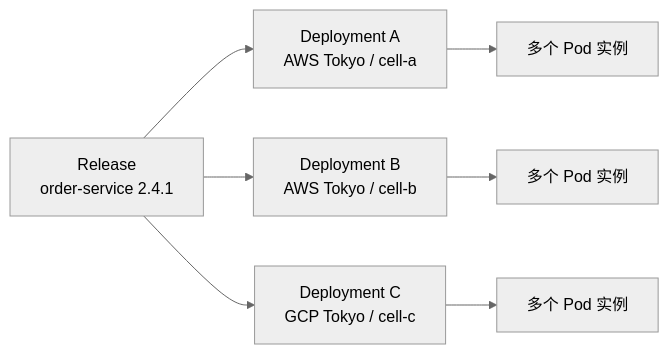
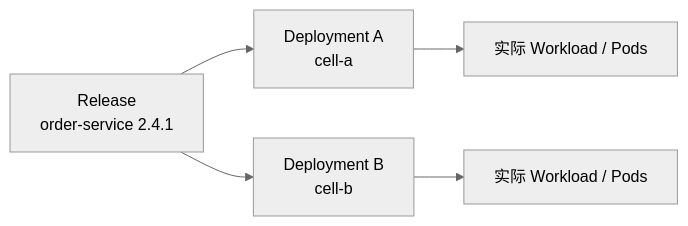
One commit to datafoxlabs/datafox-kubernetes changed the second of 2 diagrams in docs/deployment-topology-and-isolation.md. Above: the diagram before and after it, drawn with Mermaid (neutral theme). The commit also changed other lines of this file, not shown here.

Commit message:
docs: narrow region-cell topology to P0 standard OTel and optional P1 unit

```diff
--- a/docs/deployment-topology-and-isolation.md
+++ b/docs/deployment-topology-and-isolation.md
@@ -99,9 +98,7 @@
 ~~~mermaid
 flowchart LR
-    Release["Release<br/>order-service 2.4.1"] --> TokyoA["Deployment A<br/>AWS Tokyo / cell-a"]
-    Release --> TokyoB["Deployment B<br/>AWS Tokyo / cell-b"]
-    Release --> GcpC["Deployment C<br/>GCP Tokyo / cell-c"]
-    TokyoA --> PoA["多个 Pod 实例"]
-    TokyoB --> PoB["多个 Pod 实例"]
-    GcpC --> PoC["多个 Pod 实例"]
+    R["Release<br/>order-service 2.4.1"] --> D1["Deployment A<br/>cell-a"]
+    R --> D2["Deployment B<br/>cell-b"]
+    D1 --> P1["实际 Workload / Pods"]
+    D2 --> P2["实际 Workload / Pods"]
 ~~~
```
